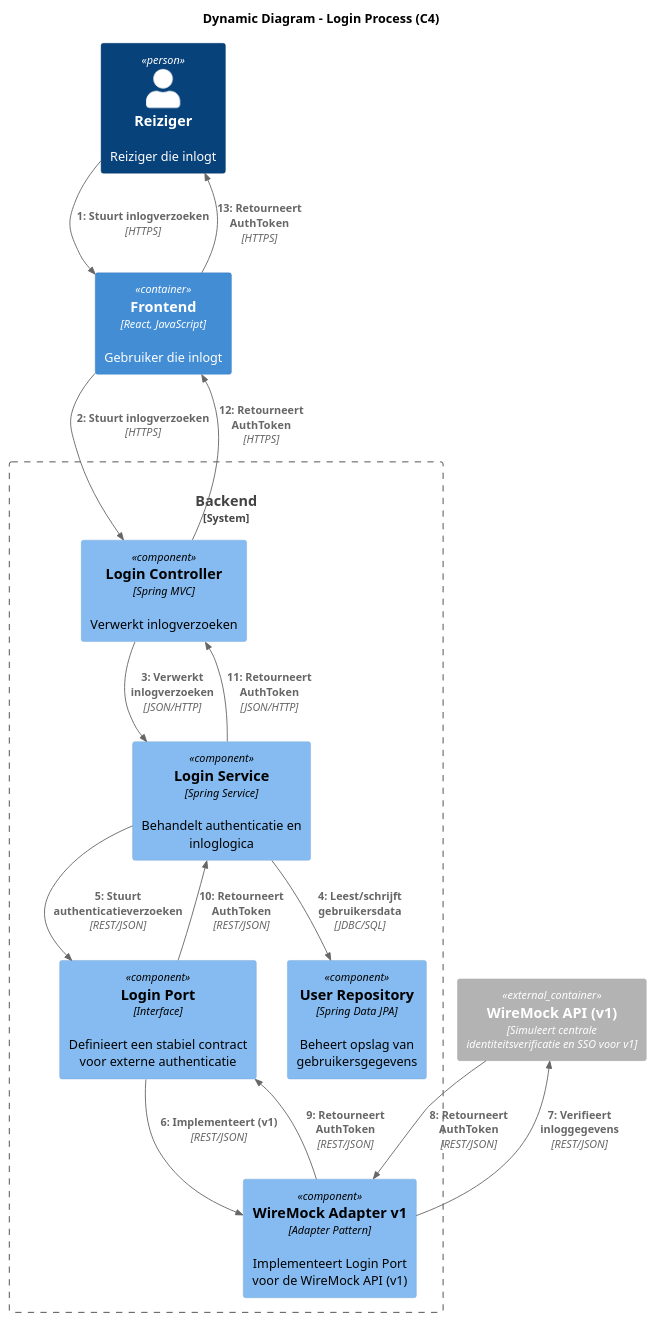
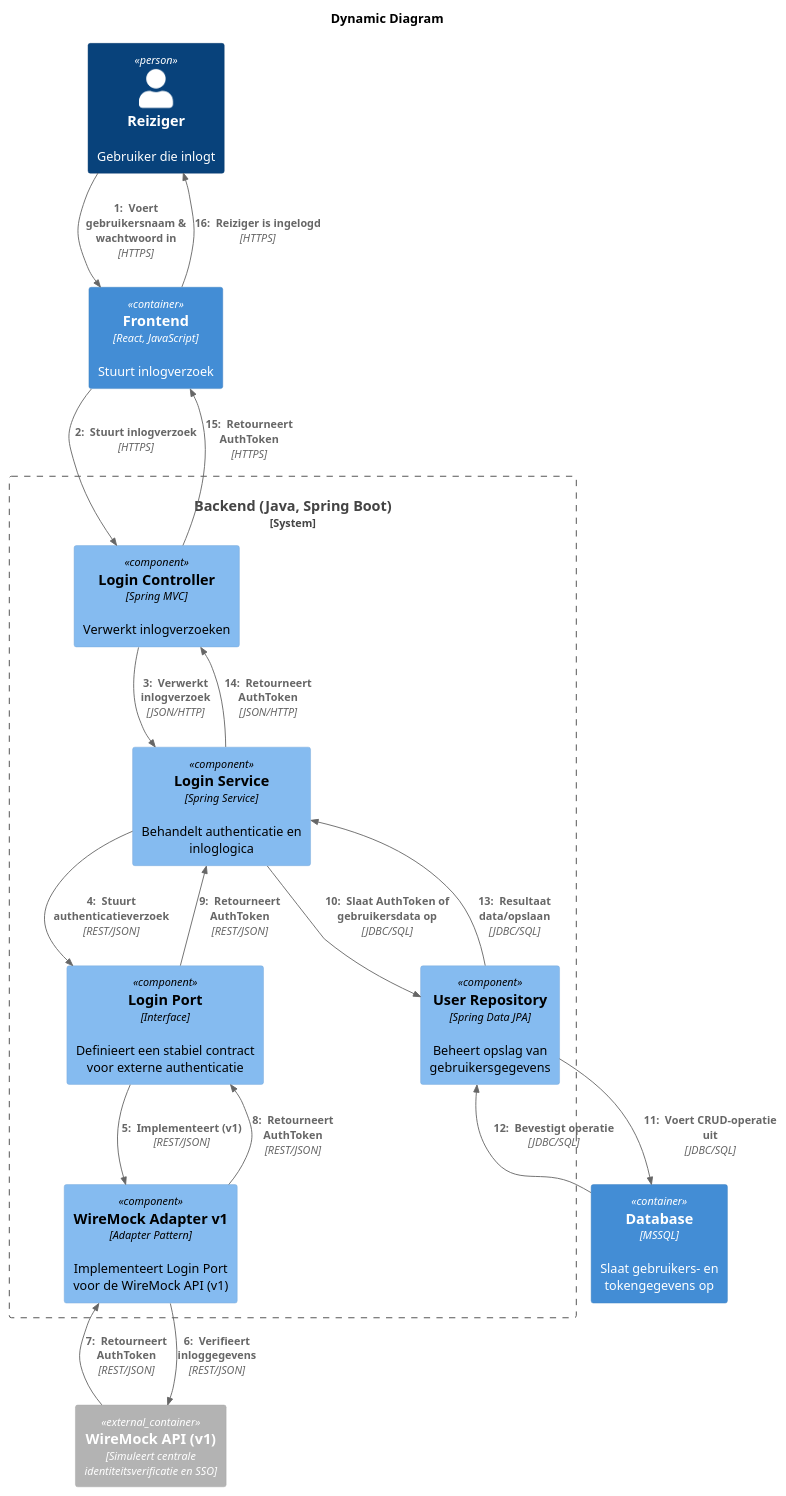
The diagram in software-guidebook/component-code/ahmed/dynamic.puml (AIM-ENE-feb25/triptop-asas), drawn with PlantUML before and after one commit. The commit also changed 2 other files, not shown here.

```diff
--- a/software-guidebook/component-code/ahmed/dynamic.puml
+++ b/software-guidebook/component-code/ahmed/dynamic.puml
@@ -1,33 +1,40 @@
 @startuml
 !include https://raw.githubusercontent.com/plantuml-stdlib/C4-PlantUML/master/C4_Dynamic.puml
-title Dynamic Diagram – Login Process (C4)
+title Dynamic Diagram
 
-Person(reiziger, "Reiziger", "Reiziger die inlogt")
-Container(frontend, "Frontend", "React, JavaScript", "Gebruiker die inlogt")
+Person(reiziger, "Reiziger", "Gebruiker die inlogt")
+Container(frontend, "Frontend", "React, JavaScript", "Stuurt inlogverzoek")
 
-System_Boundary(backendSystem, "Backend", "Java, Spring Boot") {
+System_Boundary(backendSystem, "Backend (Java, Spring Boot)") {
+
   Component(loginController, "Login Controller", "Spring MVC", "Verwerkt inlogverzoeken")
   Component(loginService, "Login Service", "Spring Service", "Behandelt authenticatie en inloglogica")
   Component(loginPort, "Login Port", "Interface", "Definieert een stabiel contract voor externe authenticatie")
   Component(userRepository, "User Repository", "Spring Data JPA", "Beheert opslag van gebruikersgegevens")
+  Component(wireMockAdapterV1, "WireMock Adapter v1", "Adapter Pattern", "Implementeert Login Port voor de WireMock API (v1)")
 
-  Component(wireMockAdapterV1, "WireMock Adapter v1", "Adapter Pattern", "Implementeert Login Port voor de WireMock API (v1)")
 }
+Container(database, "Database", "MSSQL", "Slaat gebruikers- en tokengegevens op")
 
-Container_Ext(identityProvider, "WireMock API (v1)", "Simuleert centrale identiteitsverificatie en SSO voor v1")
+Container_Ext(identityProvider, "WireMock API (v1)", "Simuleert centrale identiteitsverificatie en SSO")
 
-Rel(reiziger, frontend, "Stuurt inlogverzoeken", "HTTPS")
-Rel(frontend, loginController, "Stuurt inlogverzoeken", "HTTPS")
-Rel(loginController, loginService, "Verwerkt inlogverzoeken", "JSON/HTTP")
-Rel(loginService, userRepository, "Leest/schrijft gebruikersdata", "JDBC/SQL")
-Rel(loginService, loginPort, "Stuurt authenticatieverzoeken", "REST/JSON")
-Rel(loginPort, wireMockAdapterV1, "Implementeert (v1)", "REST/JSON")
-Rel(wireMockAdapterV1, identityProvider, "Verifieert inloggegevens", "REST/JSON")
+Rel_D(reiziger, frontend, " Voert gebruikersnaam & wachtwoord in", "HTTPS")
+Rel_D(frontend, loginController, " Stuurt inlogverzoek", "HTTPS")
+Rel_D(loginController, loginService, " Verwerkt inlogverzoek", "JSON/HTTP")
+Rel_D(loginService, loginPort, " Stuurt authenticatieverzoek", "REST/JSON")
+Rel_D(loginPort, wireMockAdapterV1, " Implementeert (v1)", "REST/JSON")
+Rel_D(wireMockAdapterV1, identityProvider, " Verifieert inloggegevens", "REST/JSON")
 
-Rel(identityProvider, wireMockAdapterV1, "Retourneert AuthToken", "REST/JSON")
-Rel(wireMockAdapterV1, loginPort, "Retourneert AuthToken", "REST/JSON")
-Rel(loginPort, loginService, "Retourneert AuthToken", "REST/JSON")
-Rel(loginService, loginController, "Retourneert AuthToken", "JSON/HTTP")
-Rel(loginController, frontend, "Retourneert AuthToken", "HTTPS")
-Rel(frontend, reiziger, "Retourneert AuthToken", "HTTPS")
+Rel_D(identityProvider, wireMockAdapterV1, " Retourneert AuthToken", "REST/JSON")
+Rel_D(wireMockAdapterV1, loginPort, " Retourneert AuthToken", "REST/JSON")
+Rel_D(loginPort, loginService, " Retourneert AuthToken", "REST/JSON")
+
+Rel_D(loginService, userRepository, " Slaat AuthToken of gebruikersdata op", "JDBC/SQL")
+Rel_D(userRepository, database, " Voert CRUD-operatie uit", "JDBC/SQL")
+Rel_D(database, userRepository, " Bevestigt operatie", "JDBC/SQL")
+Rel_D(userRepository, loginService, " Resultaat data/opslaan", "JDBC/SQL")
+
+Rel_D(loginService, loginController, " Retourneert AuthToken", "JSON/HTTP")
+Rel_D(loginController, frontend, " Retourneert AuthToken", "HTTPS")
+Rel_D(frontend, reiziger, " Reiziger is ingelogd", "HTTPS")
 @enduml
```
